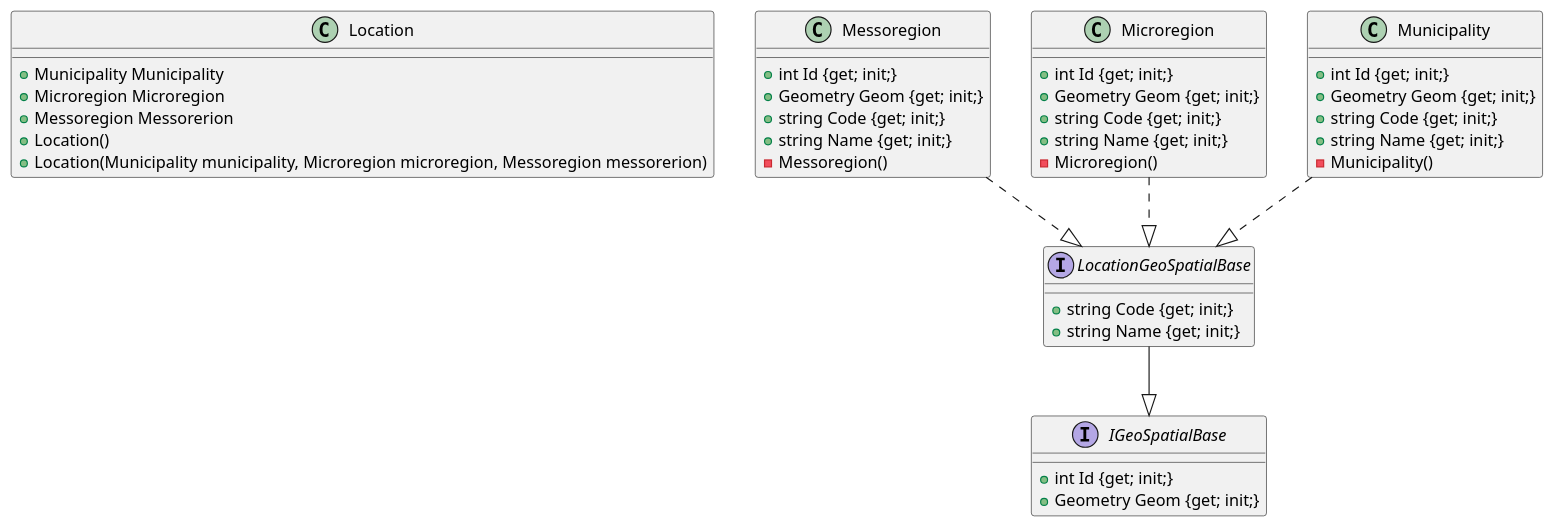
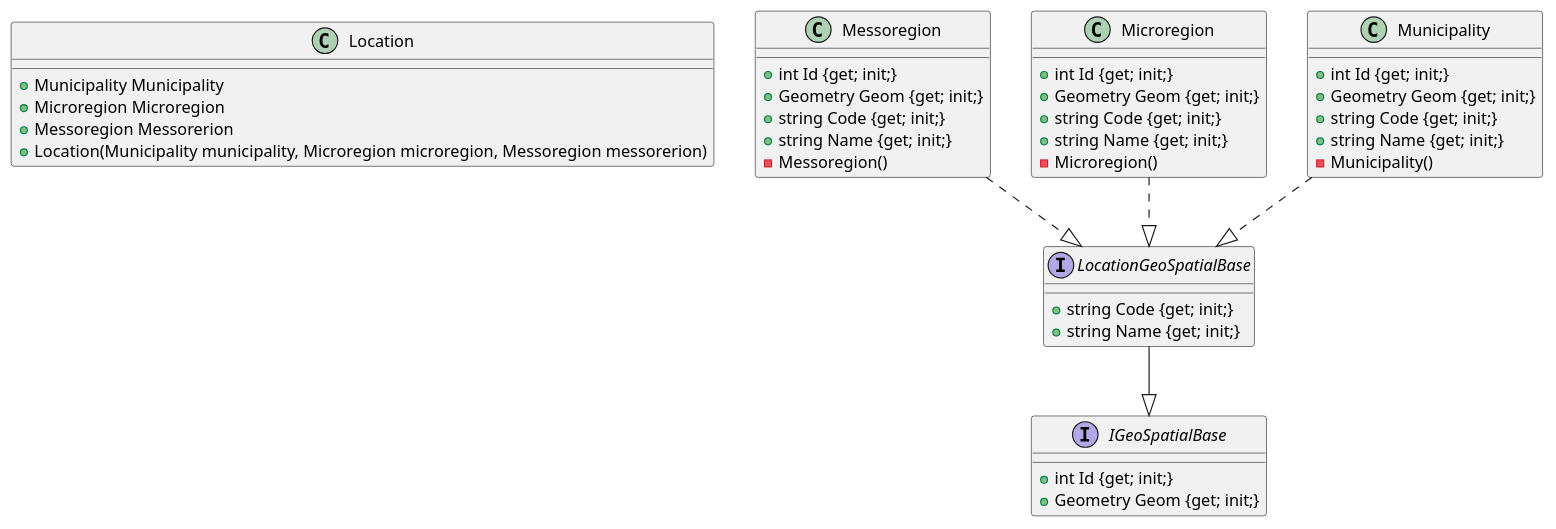
The diagram in class-diagram/location-diagram.plantuml (ruralgises/documentation), drawn with PlantUML before and after one commit.

```diff
--- a/class-diagram/location-diagram.plantuml
+++ b/class-diagram/location-diagram.plantuml
@@ -1,50 +1,49 @@
 @startuml
 
 class Location {
     {method} +Municipality Municipality
     {method} +Microregion Microregion
     {method} +Messoregion Messorerion
-    {method} +Location()
     {method} +Location(Municipality municipality, Microregion microregion, Messoregion messorerion)
 }
 
 interface LocationGeoSpatialBase {
     {method} +string Code {get; init;}
     {method} +string Name {get; init;}
 }
 
 interface IGeoSpatialBase {
     {method} +int Id {get; init;}
     {method} +Geometry Geom {get; init;}
 }
 
 class Messoregion {
     {method} +int Id {get; init;}
     {method} +Geometry Geom {get; init;}
     {method} +string Code {get; init;}
     {method} +string Name {get; init;}
     {method} -Messoregion()
 }
 
 class Microregion {
     {method} +int Id {get; init;}
     {method} +Geometry Geom {get; init;}
     {method} +string Code {get; init;}
     {method} +string Name {get; init;}
     {method} -Microregion()
 }
 
 class Municipality {
     {method} +int Id {get; init;}
     {method} +Geometry Geom {get; init;}
     {method} +string Code {get; init;}
     {method} +string Name {get; init;}
     {method} -Municipality()
 }
 
 LocationGeoSpatialBase --|> IGeoSpatialBase
 Messoregion ..|> LocationGeoSpatialBase
 Microregion ..|> LocationGeoSpatialBase
 Municipality ..|> LocationGeoSpatialBase
 
 @enduml
```
